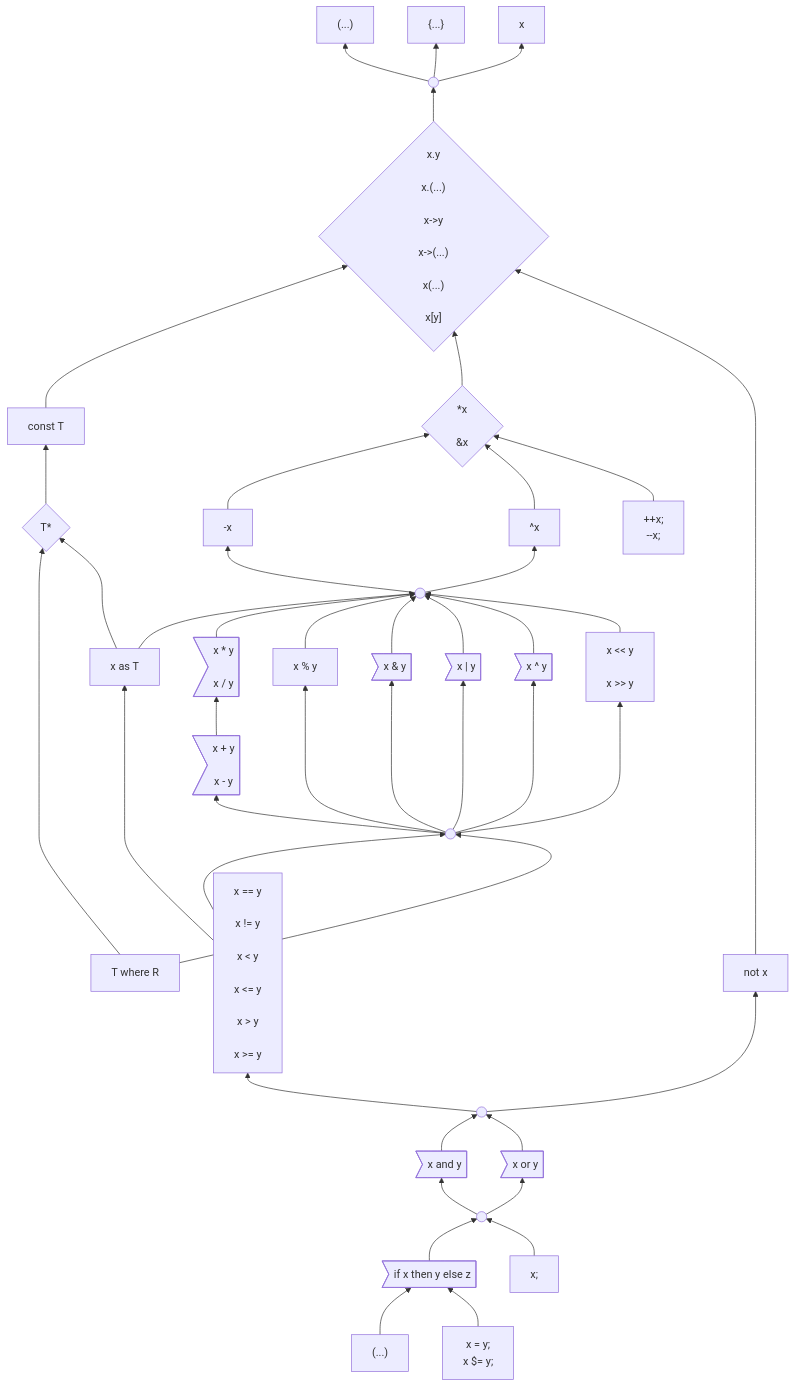
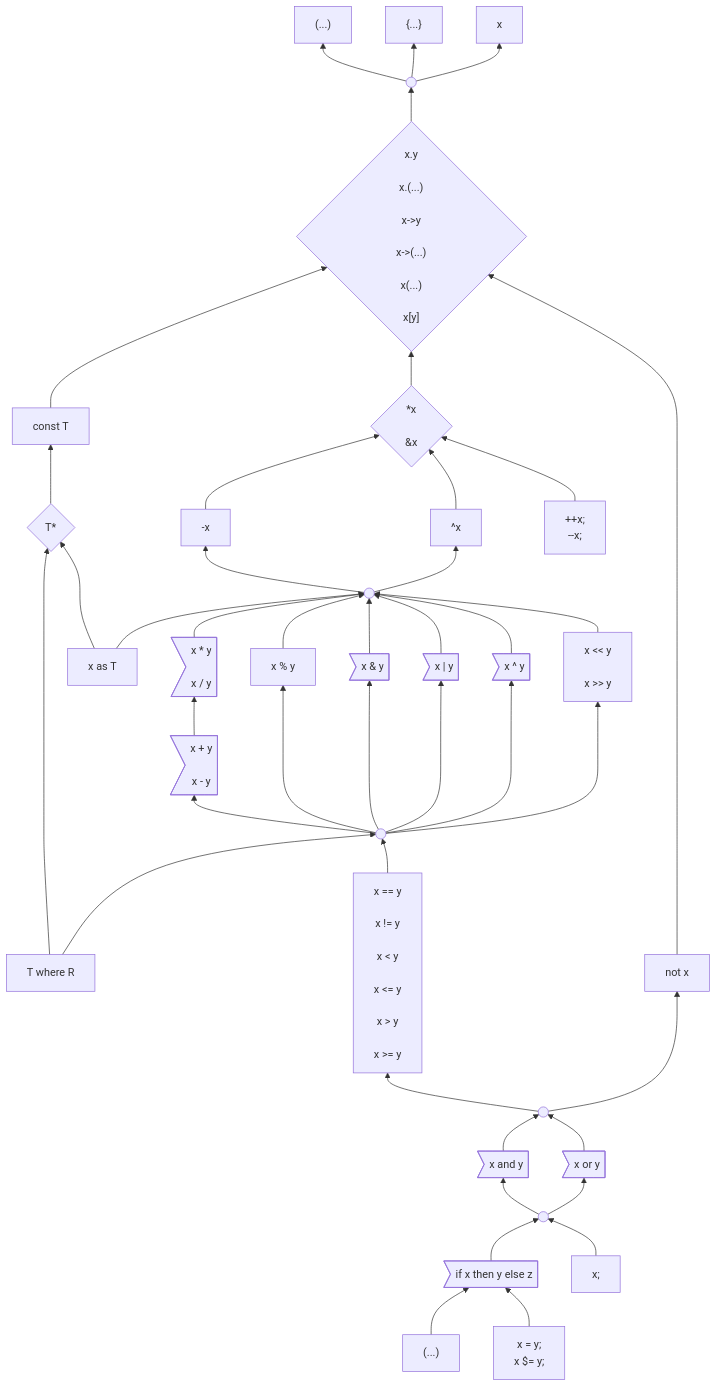
The first of 3 diagrams in docs/design/expressions/README.md (carbon-language/carbon-lang), drawn with Mermaid before and after one commit.

Commit message:
Checkpoint progress.

```diff
--- a/docs/design/expressions/README.md
+++ b/docs/design/expressions/README.md
@@ -170,9 +170,9 @@
     as & multiplication & modulo & bitwise_and & bitwise_or & bitwise_xor & shift --> unary
     addition --> multiplication
     binaryOps --> addition & modulo & bitwise_and & bitwise_or & bitwise_xor & shift
+    where --> binaryOps
     comparison --> binaryOps
-    comparison ----> as
-    where --> binaryOps
+    %% comparison ----> as
     logicalOperand --> comparison & not
     and & or --> logicalOperand
     logicalExpression --> and & or
```
